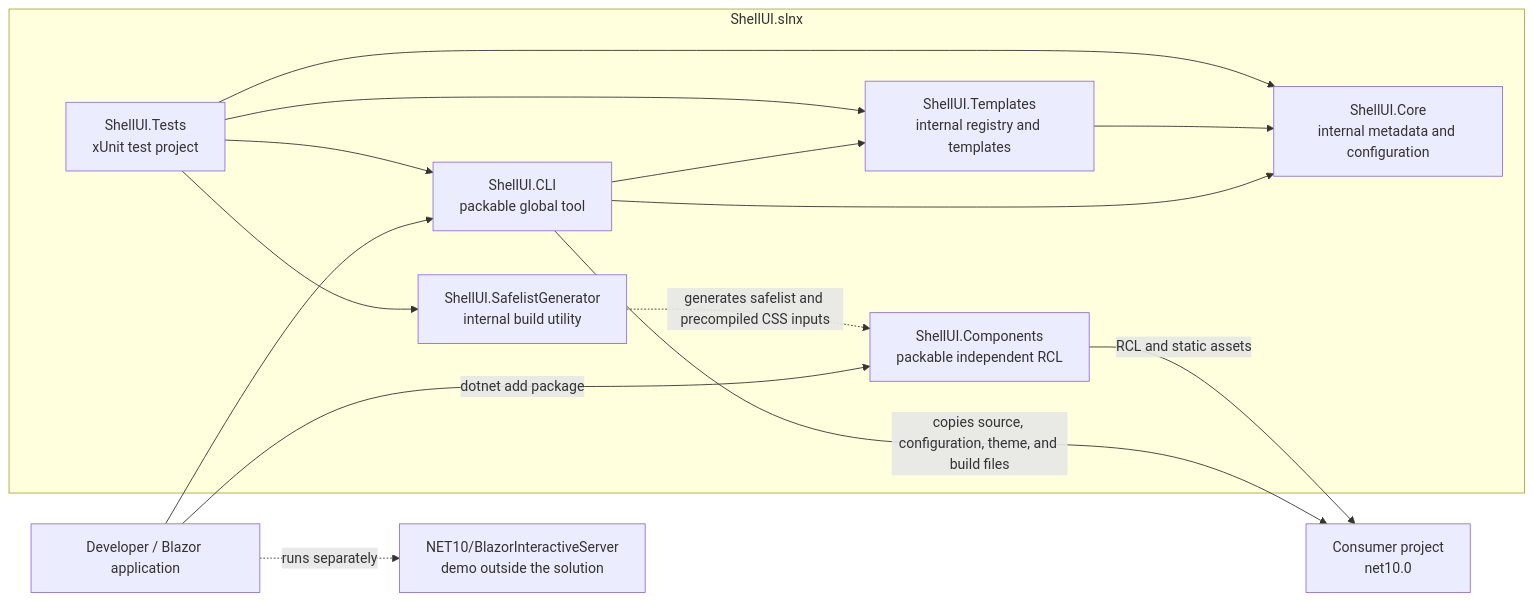
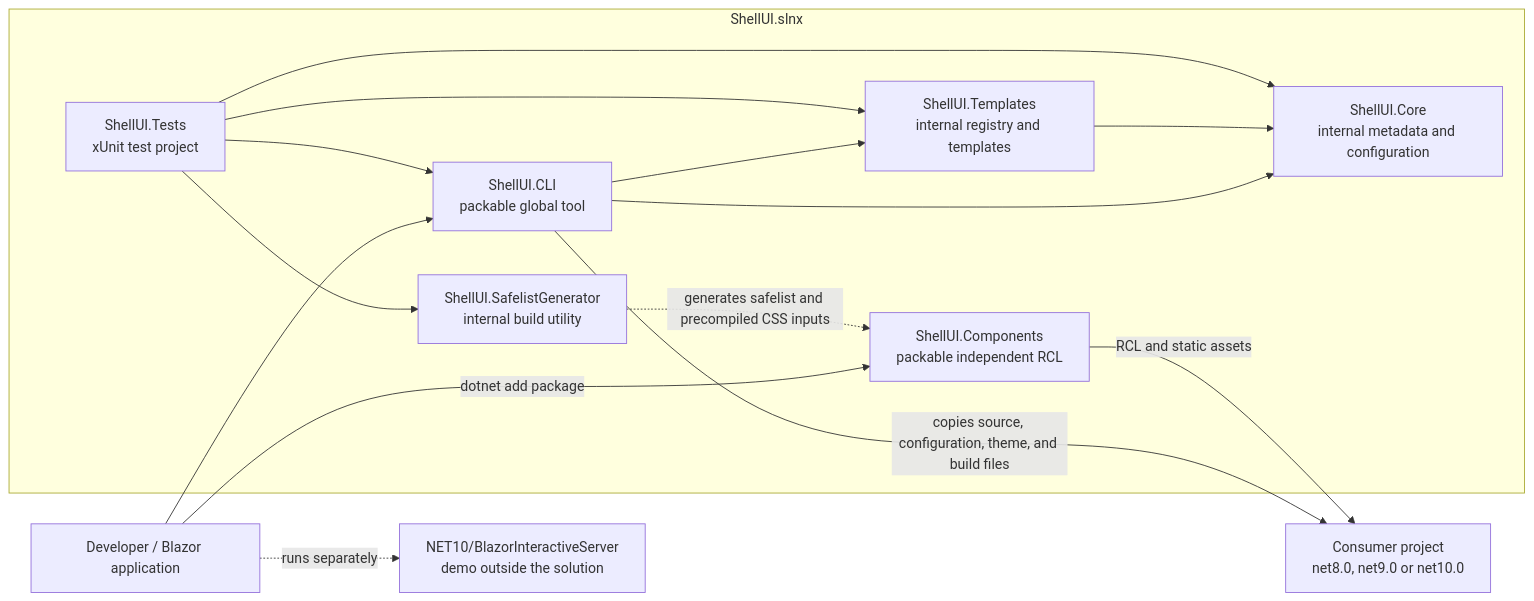
One commit to shellui-dev/shellui changed the diagram in docs/ARCHITECTURE.md. Above: the diagram before and after it, drawn with Mermaid. The commit also changed other lines of this file and 17 other files, not shown here.

````diff
--- a/docs/ARCHITECTURE.md
+++ b/docs/ARCHITECTURE.md
@@ -20,30 +20,30 @@
 ```mermaid
 flowchart LR
     Developer[Developer / Blazor application]
 
     subgraph Solution[ShellUI.slnx]
         CLI[ShellUI.CLI<br/>packable global tool]
         Components[ShellUI.Components<br/>packable independent RCL]
         Core[ShellUI.Core<br/>internal metadata and configuration]
         Templates[ShellUI.Templates<br/>internal registry and templates]
         Tests[ShellUI.Tests<br/>xUnit test project]
         Safelist[ShellUI.SafelistGenerator<br/>internal build utility]
     end
 
-    Project[Consumer project<br/>net10.0]
+    Project[Consumer project<br/>net8.0, net9.0 or net10.0]
     Demo[NET10/BlazorInteractiveServer<br/>demo outside the solution]
 
     Developer --> CLI
     CLI --> Core
     CLI --> Templates
     Templates --> Core
     CLI -->|copies source, configuration, theme, and build files| Project
     Developer -->|dotnet add package| Components
     Components -->|RCL and static assets| Project
     Tests --> CLI
     Tests --> Core
     Tests --> Templates
     Tests --> Safelist
     Safelist -.->|generates safelist and precompiled CSS inputs| Components
     Developer -.->|runs separately| Demo
 ```
````
